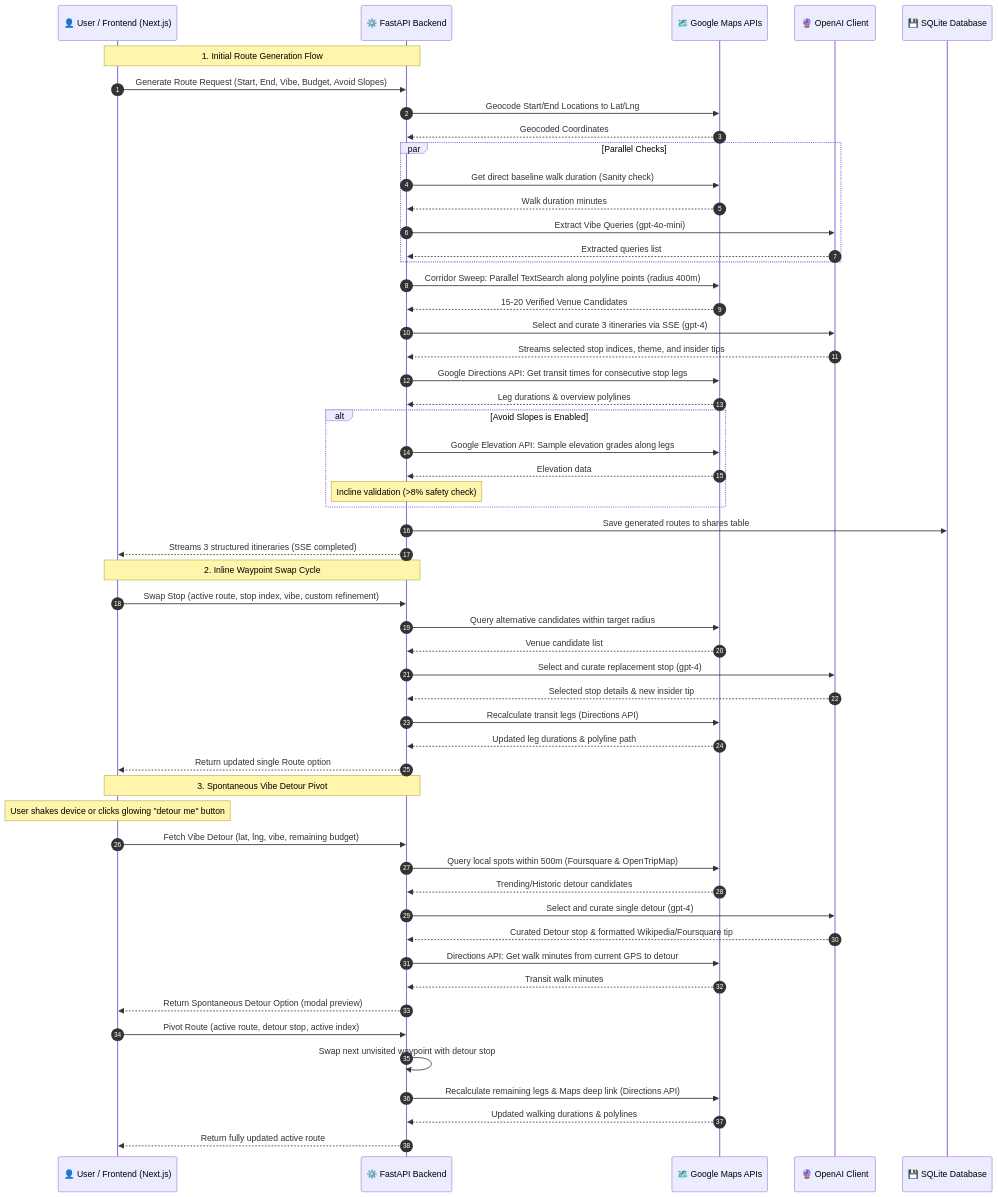
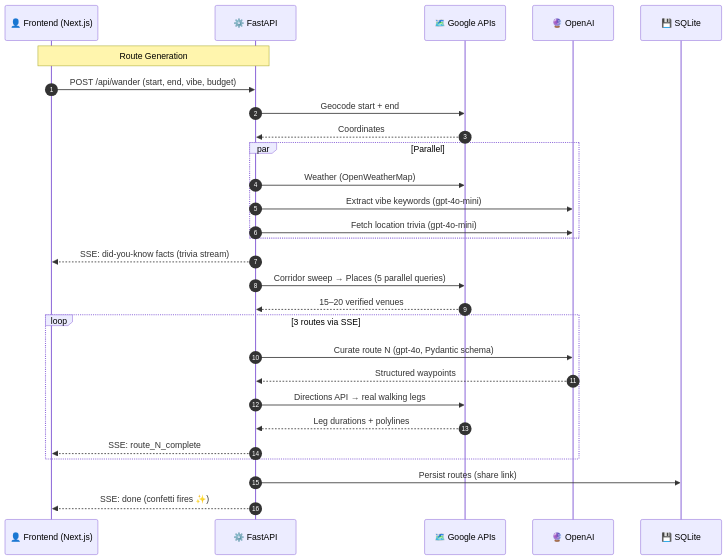
Before and after one commit to vjb/wander: the diagram in README.md, drawn with Mermaid. The commit also changed other lines of this file and 13 other files, not shown here.

````diff
--- a/README.md
+++ b/README.md
@@ -53,69 +103,35 @@
 ```mermaid
 sequenceDiagram
     autonumber
-    participant User as 👤 User / Frontend (Next.js)
-    participant API as ⚙️ FastAPI Backend
-    participant Map as 🗺️ Google Maps APIs
-    participant OpenAI as 🔮 OpenAI Client
-    participant DB as 💾 SQLite Database
+    participant User as 👤 Frontend (Next.js)
+    participant API as ⚙️ FastAPI
+    participant Maps as 🗺️ Google APIs
+    participant AI as 🔮 OpenAI
+    participant DB as 💾 SQLite
 
-    %% --- INITIAL GENERATION FLOW ---
-    Note over User, API: 1. Initial Route Generation Flow
-    User->>API: Generate Route Request (Start, End, Vibe, Budget, Avoid Slopes)
-    API->>Map: Geocode Start/End Locations to Lat/Lng
-    Map-->>API: Geocoded Coordinates
-    
-    par Parallel Checks
-        API->>Map: Get direct baseline walk duration (Sanity check)
-        Map-->>API: Walk duration minutes
-        API->>OpenAI: Extract Vibe Queries (gpt-4o-mini)
-        OpenAI-->>API: Extracted queries list
+    Note over User, API: Route Generation
+    User->>API: POST /api/wander (start, end, vibe, budget)
+    API->>Maps: Geocode start + end
+    Maps-->>API: Coordinates
+
+    par Parallel
+        API->>Maps: Weather (OpenWeatherMap)
+        API->>AI: Extract vibe keywords (gpt-4o-mini)
+        API->>AI: Fetch location trivia (gpt-4o-mini)
     end
 
-    API->>Map: Corridor Sweep: Parallel TextSearch along polyline points (radius 400m)
-    Map-->>API: 15-20 Verified Venue Candidates
-    
-    API->>OpenAI: Select and curate 3 itineraries via SSE (gpt-4)
-    OpenAI-->>API: Streams selected stop indices, theme, and insider tips
-    
-    API->>Map: Google Directions API: Get transit times for consecutive stop legs
-    Map-->>API: Leg durations & overview polylines
+    API-->>User: SSE: did-you-know facts (trivia stream)
+    API->>Maps: Corridor sweep → Places (5 parallel queries)
+    Maps-->>API: 15–20 verified venues
 
-    alt Avoid Slopes is Enabled
-        API->>Map: Google Elevation API: Sample elevation grades along legs
-        Map-->>API: Elevation data
-        Note over API: Incline validation (>8% safety check)
+    loop 3 routes via SSE
+        API->>AI: Curate route N (gpt-4o, Pydantic schema)
+        AI-->>API: Structured waypoints
+        API->>Maps: Directions API → real walking legs
+        Maps-->>API: Leg durations + polylines
+        API-->>User: SSE: route_N_complete
     end
 
-    API->>DB: Save generated routes to shares table
-    API-->>User: Streams 3 structured itineraries (SSE completed)
-
-    %% --- STOP SWAP CYCLE ---
-    Note over User, API: 2. Inline Waypoint Swap Cycle
-    User->>API: Swap Stop (active route, stop index, vibe, custom refinement)
-    API->>Map: Query alternative candidates within target radius
-    Map-->>API: Venue candidate list
-    API->>OpenAI: Select and curate replacement stop (gpt-4)
-    OpenAI-->>API: Selected stop details & new insider tip
-    API->>Map: Recalculate transit legs (Directions API)
-    Map-->>API: Updated leg durations & polyline path
-    API-->>User: Return updated single Route option
-
-    %% --- VIBE DETOUR CYCLE ---
-    Note over User, API: 3. Spontaneous Vibe Detour Pivot
-    Note over User: User shakes device or clicks glowing "detour me" button
-    User->>API: Fetch Vibe Detour (lat, lng, vibe, remaining budget)
-    API->>Map: Query local spots within 500m (Foursquare & OpenTripMap)
-    Map-->>API: Trending/Historic detour candidates
-    API->>OpenAI: Select and curate single detour (gpt-4)
-    OpenAI-->>API: Curated Detour stop & formatted Wikipedia/Foursquare tip
-    API->>Map: Directions API: Get walk minutes from current GPS to detour
-    Map-->>API: Transit walk minutes
-    API-->>User: Return Spontaneous Detour Option (modal preview)
-    
-    User->>API: Pivot Route (active route, detour stop, active index)
-    API->>API: Swap next unvisited waypoint with detour stop
-    API->>Map: Recalculate remaining legs & Maps deep link (Directions API)
-    Map-->>API: Updated walking durations & polylines
-    API-->>User: Return fully updated active route
+    API->>DB: Persist routes (share link)
+    API-->>User: SSE: done (confetti fires ✨)
 ```
````
